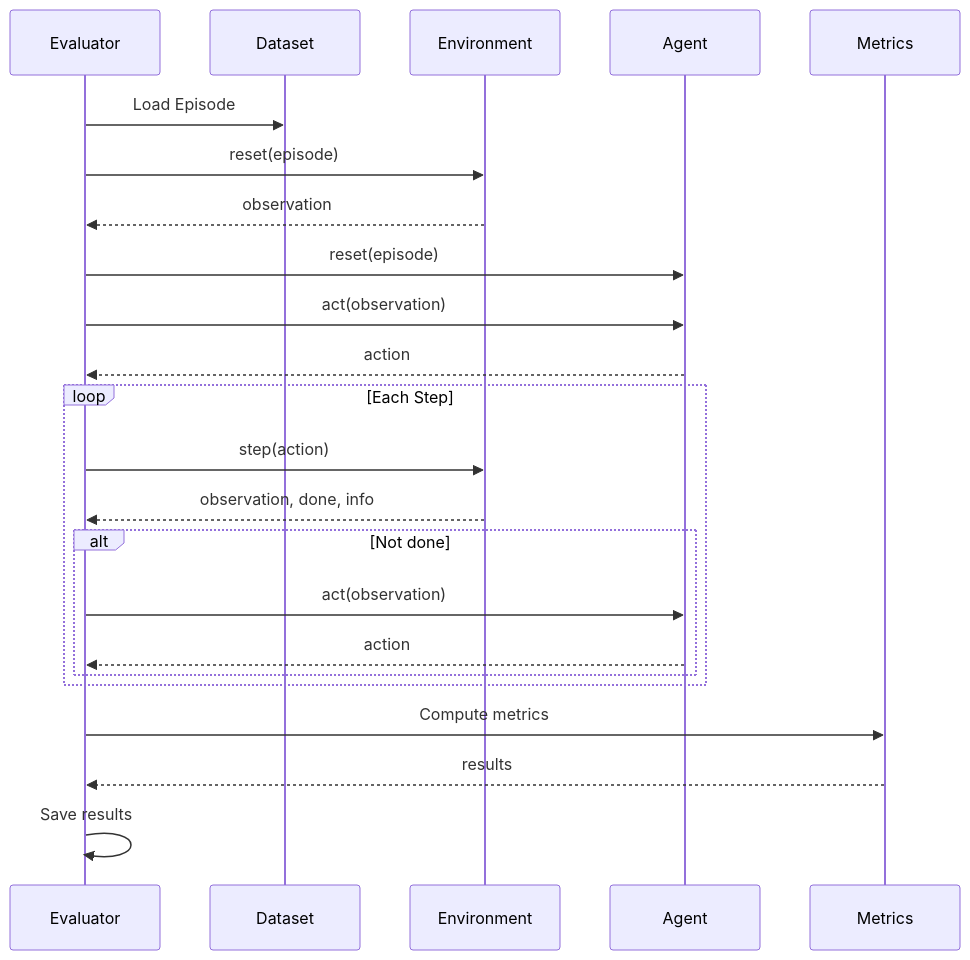
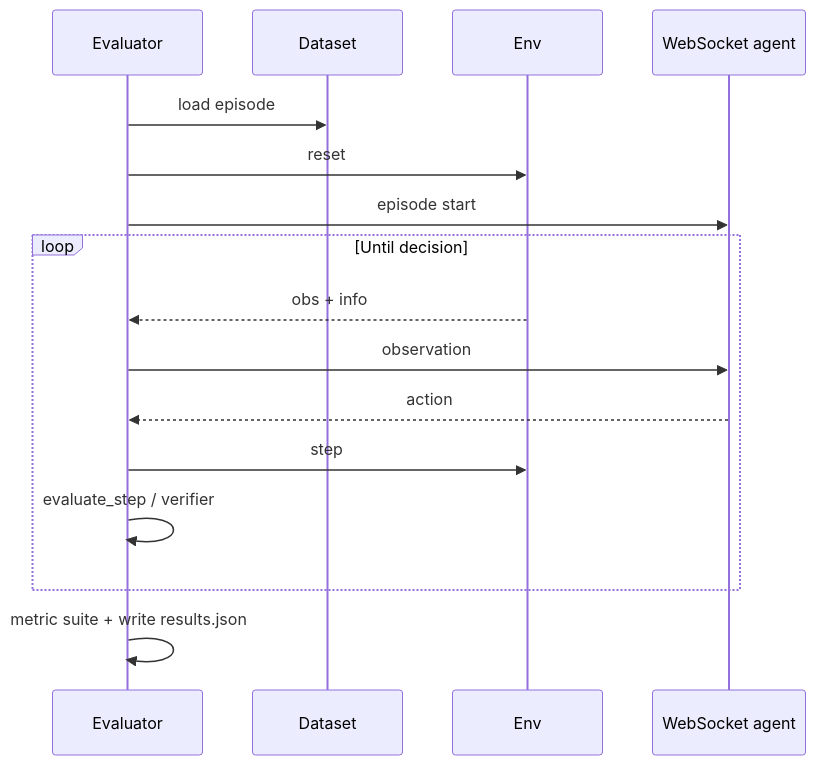
Before and after one commit to EI-Nav/NavArena-Doc: the diagram in docs/navarena-bench/evaluators.md, drawn with Mermaid. The commit also changed other lines of this file and 28 other files, not shown here.

````diff
--- a/docs/navarena-bench/evaluators.md
+++ b/docs/navarena-bench/evaluators.md
@@ -176,28 +78,18 @@
 ```mermaid
 sequenceDiagram
-    participant Eval as Evaluator
-    participant Dataset as Dataset
-    participant Env as Environment
-    participant Agent as Agent
-    participant Metrics as Metrics
-    
-    Eval->>Dataset: Load Episode
-    Eval->>Env: reset(episode)
-    Env-->>Eval: observation
-    Eval->>Agent: reset(episode)
-    Eval->>Agent: act(observation)
-    Agent-->>Eval: action
-    
-    loop Each Step
-        Eval->>Env: step(action)
-        Env-->>Eval: observation, done, info
-        alt Not done
-            Eval->>Agent: act(observation)
-            Agent-->>Eval: action
-        end
+    participant E as Evaluator
+    participant D as Dataset
+    participant Env as Env
+    participant W as WebSocket agent
+    E->>D: load episode
+    E->>Env: reset
+    E->>W: episode start
+    loop Until decision
+        Env-->>E: obs + info
+        E->>W: observation
+        W-->>E: action
+        E->>Env: step
+        E->>E: evaluate_step / verifier
     end
-    
-    Eval->>Metrics: Compute metrics
-    Metrics-->>Eval: results
-    Eval->>Eval: Save results
+    E->>E: metric suite + write results.json
 ```
````
